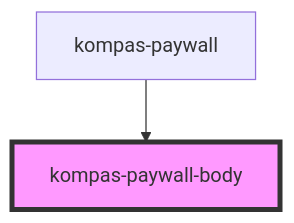
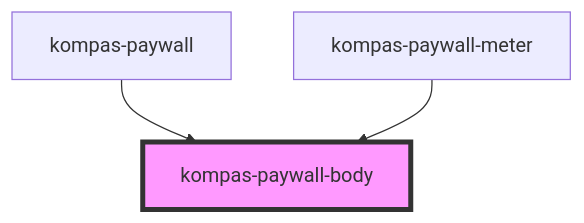
One commit to pt-kompas-media-nusantara/kompas-web-components changed the diagram in src/components/kompas-paywall-body/readme.md. Above: the diagram before and after it, drawn with Mermaid. The commit also changed other lines of this file and 6 other files, not shown here.

````diff
--- a/src/components/kompas-paywall-body/readme.md
+++ b/src/components/kompas-paywall-body/readme.md
@@ -25,5 +26,6 @@
 ```mermaid
 graph TD;
   kompas-paywall --> kompas-paywall-body
+  kompas-paywall-meter --> kompas-paywall-body
   style kompas-paywall-body fill:#f9f,stroke:#333,stroke-width:4px
 ```
````
